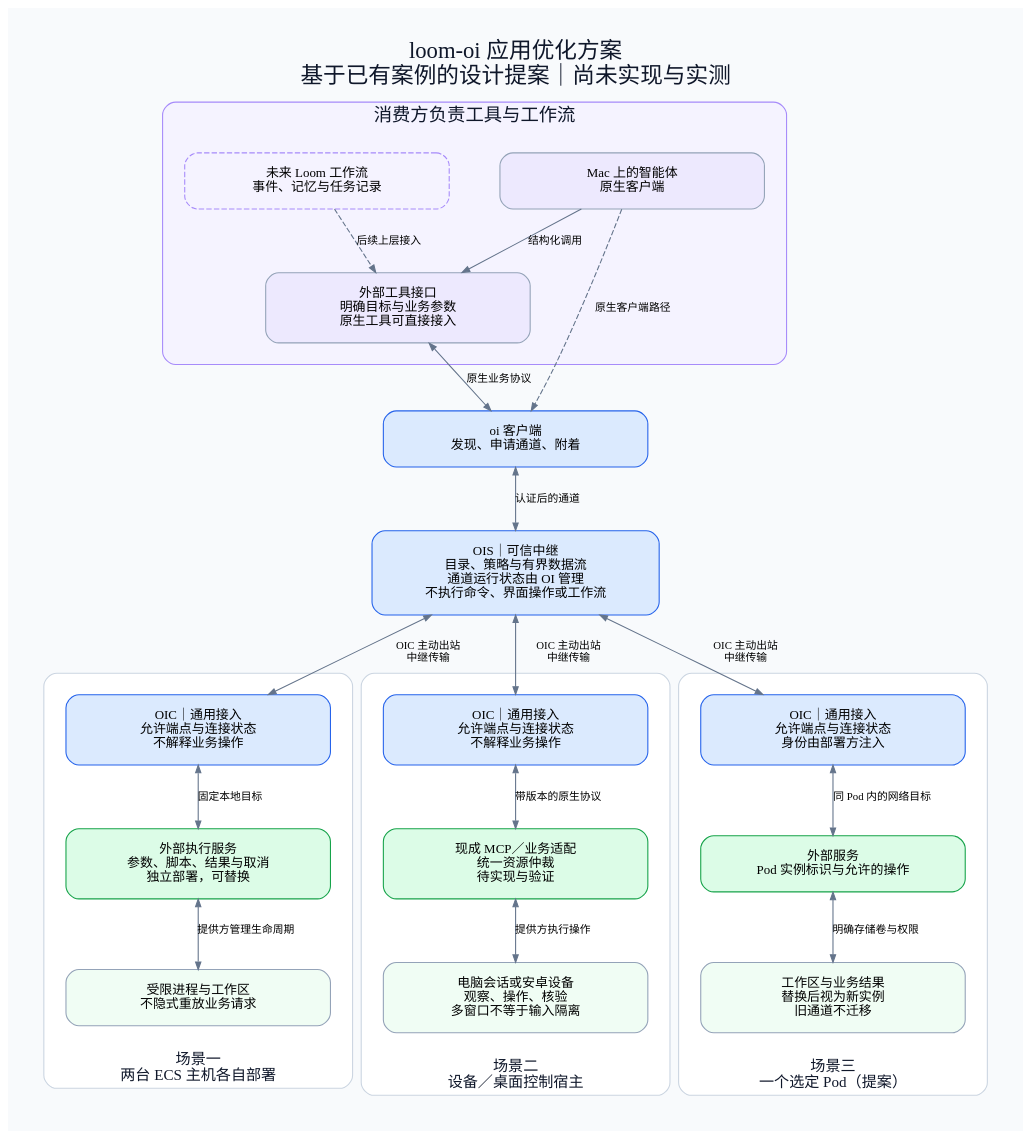
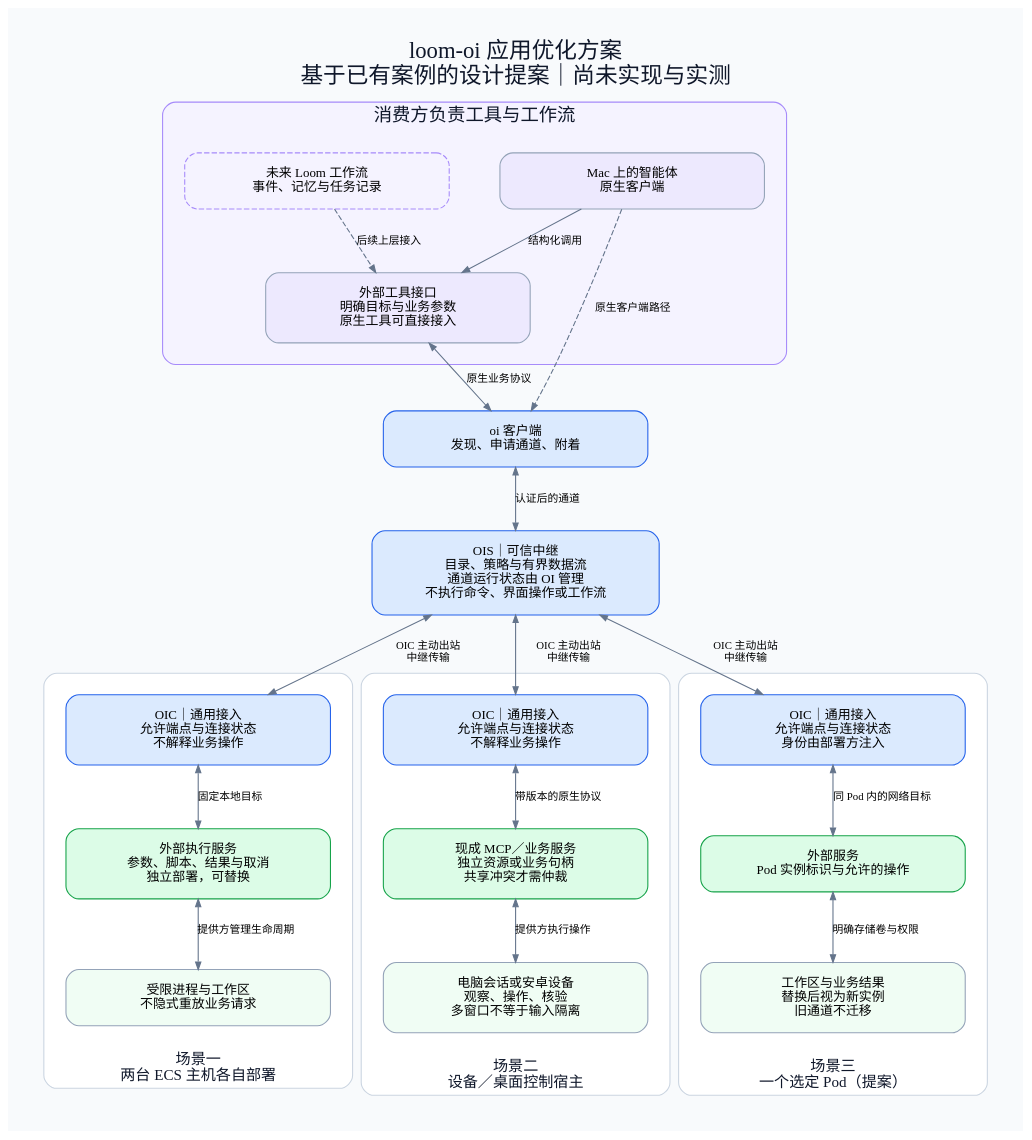
One commit to wyw-ai/loom-oi changed the diagram in docs/architecture/diagrams/v0.7/07-application-paths.dot. Above: the diagram before and after it, drawn with Graphviz. The commit also changed 24 other files, not shown here.

```diff
--- a/docs/architecture/diagrams/v0.7/07-application-paths.dot
+++ b/docs/architecture/diagrams/v0.7/07-application-paths.dot
@@ -1,49 +1,49 @@
 digraph applications {
  graph [rankdir=TB, newrank=true, bgcolor="#F8FAFC", pad=0.35, nodesep=0.65, ranksep=0.65, compound=true, fontname="Noto Sans SC", label="loom-oi 应用优化方案\n基于已有案例的设计提案｜尚未实现与实测", labelloc=t, fontsize=21, fontcolor="#0F172A"];
  node [shape=box, style="rounded,filled", fontname="Noto Sans SC", fontsize=12, color="#94A3B8", fillcolor="white", margin="0.3,0.18", width=3.4];
  edge [fontname="Noto Sans SC", fontsize=10, color="#64748B", arrowsize=0.7];
  subgraph cluster_consumer {
   label="消费方负责工具与工作流"; margin=20; fontsize=17; style="rounded"; color="#A78BFA"; bgcolor="#F5F3FF";
   agent [label="Mac 上的智能体\n原生客户端", fillcolor="#EDE9FE"];
   harness [label="未来 Loom 工作流\n事件、记忆与任务记录", style="rounded,dashed", color="#A78BFA"];
   tool [label="外部工具接口\n明确目标与业务参数\n原生工具可直接接入", fillcolor="#EDE9FE"];
   {rank=same;agent;harness;}
   agent -> tool [label="结构化调用"];
   harness -> tool [style=dashed, label="后续上层接入"];
  }
  cli [label="oi 客户端\n发现、申请通道、附着", fillcolor="#DBEAFE", color="#2563EB"];
  ois [label="OIS｜可信中继\n目录、策略与有界数据流\n通道运行状态由 OI 管理\n不执行命令、界面操作或工作流", width=3.7, fillcolor="#DBEAFE", color="#2563EB"];
  tool -> cli [dir=both,label="原生业务协议"];
  agent -> cli [style=dashed,label="原生客户端路径"];
  cli -> ois [dir=both,label="认证后的通道"];
  subgraph cluster_ecs {
   label="场景一\n两台 ECS 主机各自部署"; color="#CBD5E1"; style="rounded"; bgcolor="#FFFFFF"; labelloc=b; fontsize=14; margin=20;
   oa [label="OIC｜通用接入\n允许端点与连接状态\n不解释业务操作", fillcolor="#DBEAFE", color="#2563EB"];
   ex [label="外部执行服务\n参数、脚本、结果与取消\n独立部署，可替换", fillcolor="#DCFCE7", color="#16A34A"];
   ws [label="受限进程与工作区\n不隐式重放业务请求", fillcolor="#F0FDF4"];
   oa -> ex [dir=both,label="固定本地目标"];
   ex -> ws [dir=both,label="提供方管理生命周期"];
  }
  subgraph cluster_device {
   label="场景二\n设备／桌面控制宿主"; color="#CBD5E1"; style="rounded"; bgcolor="#FFFFFF"; labelloc=b; fontsize=14; margin=20;
   ob [label="OIC｜通用接入\n允许端点与连接状态\n不解释业务操作", fillcolor="#DBEAFE", color="#2563EB"];
-  ui [label="现成 MCP／业务适配\n统一资源仲裁\n待实现与验证", fillcolor="#DCFCE7", color="#16A34A"];
+  ui [label="现成 MCP／业务服务\n独立资源或业务句柄\n共享冲突才需仲裁", fillcolor="#DCFCE7", color="#16A34A"];
   device [label="电脑会话或安卓设备\n观察、操作、核验\n多窗口不等于输入隔离", fillcolor="#F0FDF4"];
   ob -> ui [dir=both,label="带版本的原生协议"];
   ui -> device [dir=both,label="提供方执行操作"];
  }
  subgraph cluster_pod {
   label="场景三\n一个选定 Pod（提案）"; color="#CBD5E1"; style="rounded"; bgcolor="#FFFFFF"; labelloc=b; fontsize=14; margin=20;
   oc [label="OIC｜通用接入\n允许端点与连接状态\n身份由部署方注入", fillcolor="#DBEAFE", color="#2563EB"];
   app [label="外部服务\nPod 实例标识与允许的操作", fillcolor="#DCFCE7", color="#16A34A"];
   work [label="工作区与业务结果\n替换后视为新实例\n旧通道不迁移", fillcolor="#F0FDF4"];
   oc -> app [dir=both,label="同 Pod 内的网络目标"];
   app -> work [dir=both,label="明确存储卷与权限"];
  }
  {rank=same;oa;ob;oc;}
  {rank=same;ex;ui;app;}
  {rank=same;ws;device;work;}
  ois -> oa [dir=both,label="　　OIC 主动出站　　\n　　中继传输　　"];
  ois -> ob [dir=both,label="　　OIC 主动出站　　\n　　中继传输　　"];
  ois -> oc [dir=both,label="　　OIC 主动出站　　\n　　中继传输　　"];
 }
```
